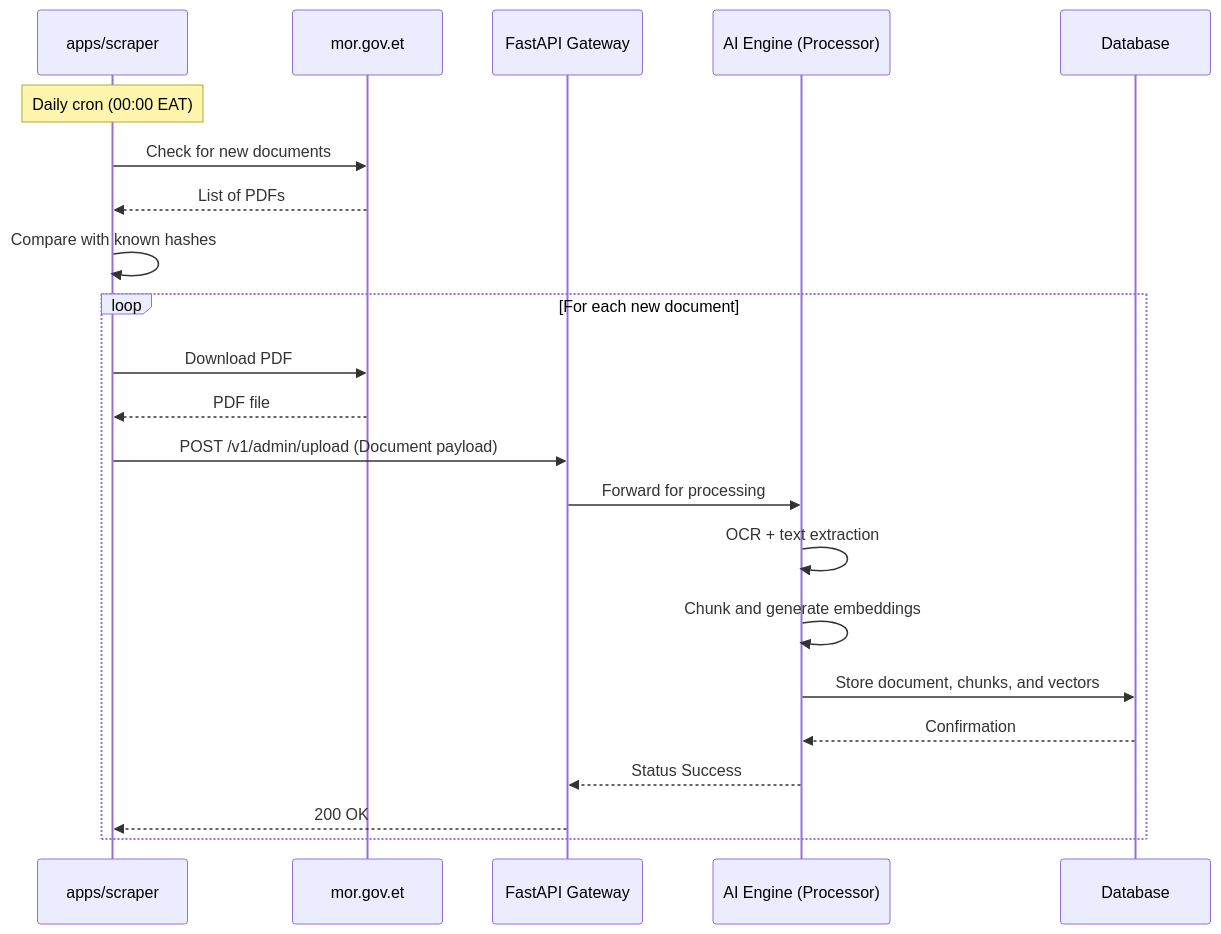
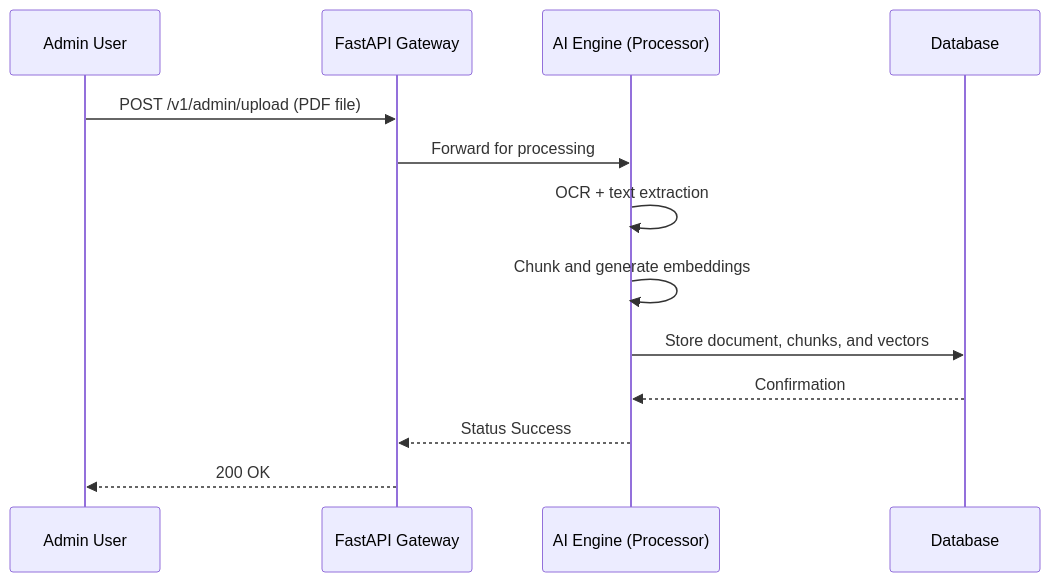
Before and after one commit to Amanuel-Ayal3w/Awaqi: the third of 3 diagrams in ARCHITECTURE.md, drawn with Mermaid. The commit also changed other lines of this file and 25 other files, not shown here.

Commit message:
feat: Remove the scraper application, its UI, API endpoints, and associated Docker configurations. it not working properly its better to start over

````diff
--- a/ARCHITECTURE.md
+++ b/ARCHITECTURE.md
@@ -261,25 +250,16 @@
 ```mermaid
 sequenceDiagram
-    participant Scraper as apps/scraper
-    participant MoR as mor.gov.et
+    participant Admin as Admin User
     participant API as FastAPI Gateway
     participant Processor as AI Engine (Processor)
     participant DB as Database
     
-    Note over Scraper: Daily cron (00:00 EAT)
-    Scraper->>MoR: Check for new documents
-    MoR-->>Scraper: List of PDFs
-    Scraper->>Scraper: Compare with known hashes
-    loop For each new document
-        Scraper->>MoR: Download PDF
-        MoR-->>Scraper: PDF file
-        Scraper->>API: POST /v1/admin/upload (Document payload)
-        API->>Processor: Forward for processing
-        Processor->>Processor: OCR + text extraction
-        Processor->>Processor: Chunk and generate embeddings
-        Processor->>DB: Store document, chunks, and vectors
-        DB-->>Processor: Confirmation
-        Processor-->>API: Status Success
-        API-->>Scraper: 200 OK
-    end
+    Admin->>API: POST /v1/admin/upload (PDF file)
+    API->>Processor: Forward for processing
+    Processor->>Processor: OCR + text extraction
+    Processor->>Processor: Chunk and generate embeddings
+    Processor->>DB: Store document, chunks, and vectors
+    DB-->>Processor: Confirmation
+    Processor-->>API: Status Success
+    API-->>Admin: 200 OK
 ```
````
